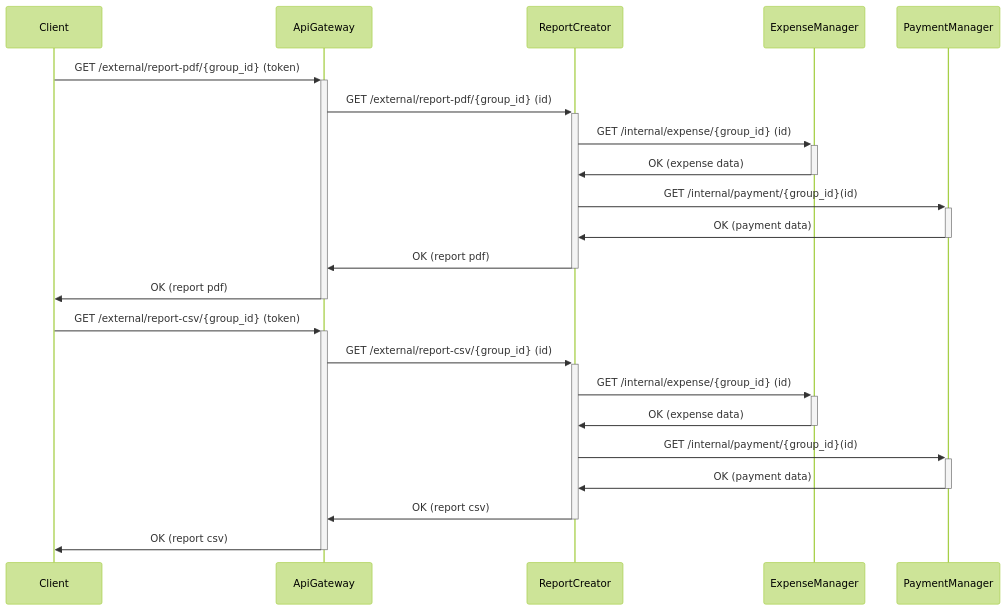
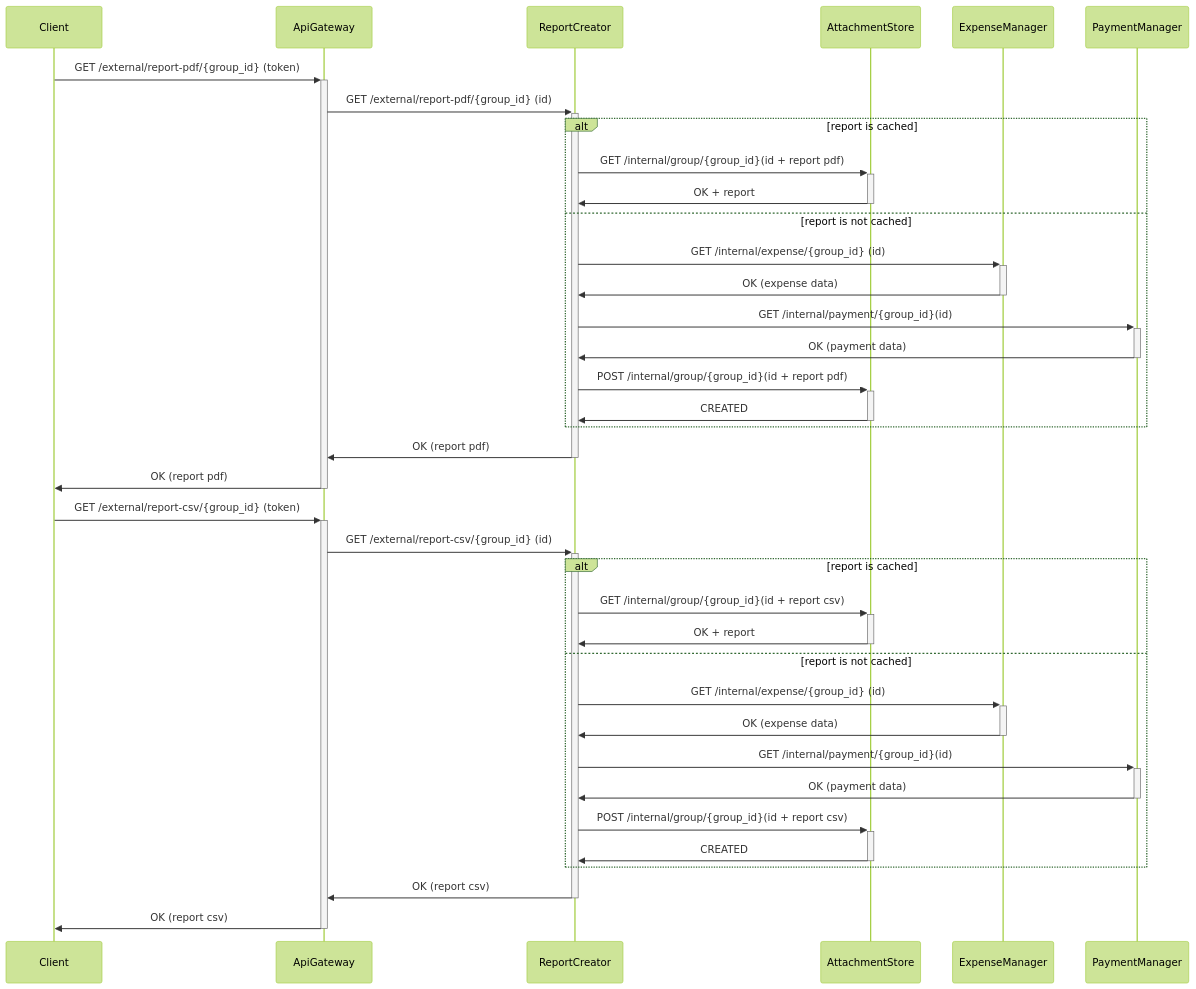
The ninth of 10 diagrams in docs/diagrams.md (Group-Expense-Manager/gem-docs), drawn with Mermaid (forest theme) before and after one commit. The commit also changed other lines of this file, not shown here.

Commit message:
modified diagrams

````diff
--- a/docs/diagrams.md
+++ b/docs/diagrams.md
@@ -293,21 +293,35 @@
 ``` mermaid
 sequenceDiagram
 
 Client->>+ApiGateway: GET /external/report-pdf/{group_id} (token)
 ApiGateway->>+ReportCreator: GET /external/report-pdf/{group_id} (id)
+alt report is cached
+ReportCreator->>+ AttachmentStore: GET /internal/group/{group_id}(id + report pdf)
+AttachmentStore->>- ReportCreator: OK + report
+else report is not cached
 ReportCreator->>+ ExpenseManager: GET /internal/expense/{group_id} (id)
 ExpenseManager->>- ReportCreator: OK (expense data)
 ReportCreator->>+ PaymentManager: GET /internal/payment/{group_id}(id)
 PaymentManager->>- ReportCreator: OK (payment data)
+ReportCreator->>+ AttachmentStore: POST /internal/group/{group_id}(id + report pdf)
+AttachmentStore->>- ReportCreator: CREATED
+end
 ReportCreator->>- ApiGateway: OK (report pdf)
 ApiGateway->>-Client: OK (report pdf)
 
 Client->>+ApiGateway: GET /external/report-csv/{group_id} (token)
 ApiGateway->>+ReportCreator: GET /external/report-csv/{group_id} (id)
+alt report is cached
+ReportCreator->>+ AttachmentStore: GET /internal/group/{group_id}(id + report csv)
+AttachmentStore->>- ReportCreator: OK + report
+else report is not cached
 ReportCreator->>+ ExpenseManager: GET /internal/expense/{group_id} (id)
 ExpenseManager->>- ReportCreator: OK (expense data)
 ReportCreator->>+ PaymentManager: GET /internal/payment/{group_id}(id)
 PaymentManager->>- ReportCreator: OK (payment data)
+ReportCreator->>+ AttachmentStore: POST /internal/group/{group_id}(id + report csv)
+AttachmentStore->>- ReportCreator: CREATED
+end
 ReportCreator->>- ApiGateway: OK (report csv)
 ApiGateway->>-Client: OK (report csv)
 ```
````
